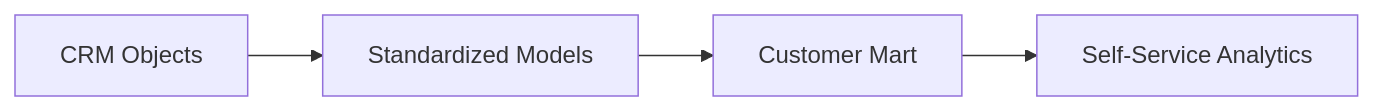
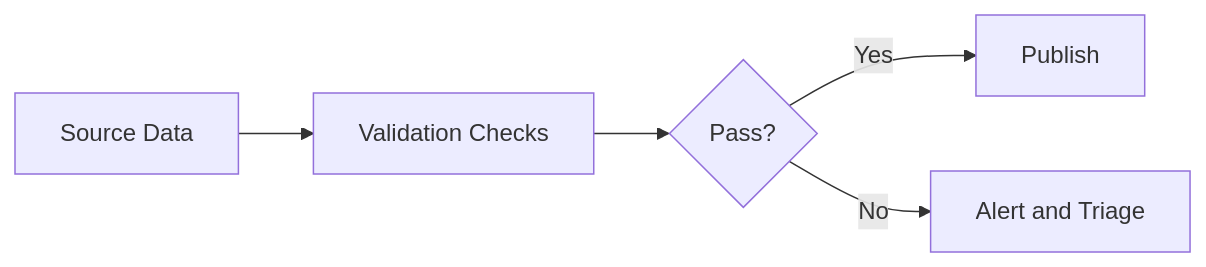
Before and after one commit to Kasala95/data-engineering-portfolio: the diagram in projects/daily-linkedin-post-workflow/generated/latest-linkedin-post.md, drawn with Mermaid. The commit also changed other lines of this file and 3 other files, not shown here.

````diff
--- a/projects/daily-linkedin-post-workflow/generated/latest-linkedin-post.md
+++ b/projects/daily-linkedin-post-workflow/generated/latest-linkedin-post.md
@@ -25,6 +25,7 @@
 ```mermaid
 flowchart LR
-  A[CRM Objects] --> B[Standardized Models]
-  B --> C[Customer Mart]
-  C --> D[Self-Service Analytics]
+  A[Source Data] --> B[Validation Checks]
+  B --> C{Pass?}
+  C -->|Yes| D[Publish]
+  C -->|No| E[Alert and Triage]
 ```
````
